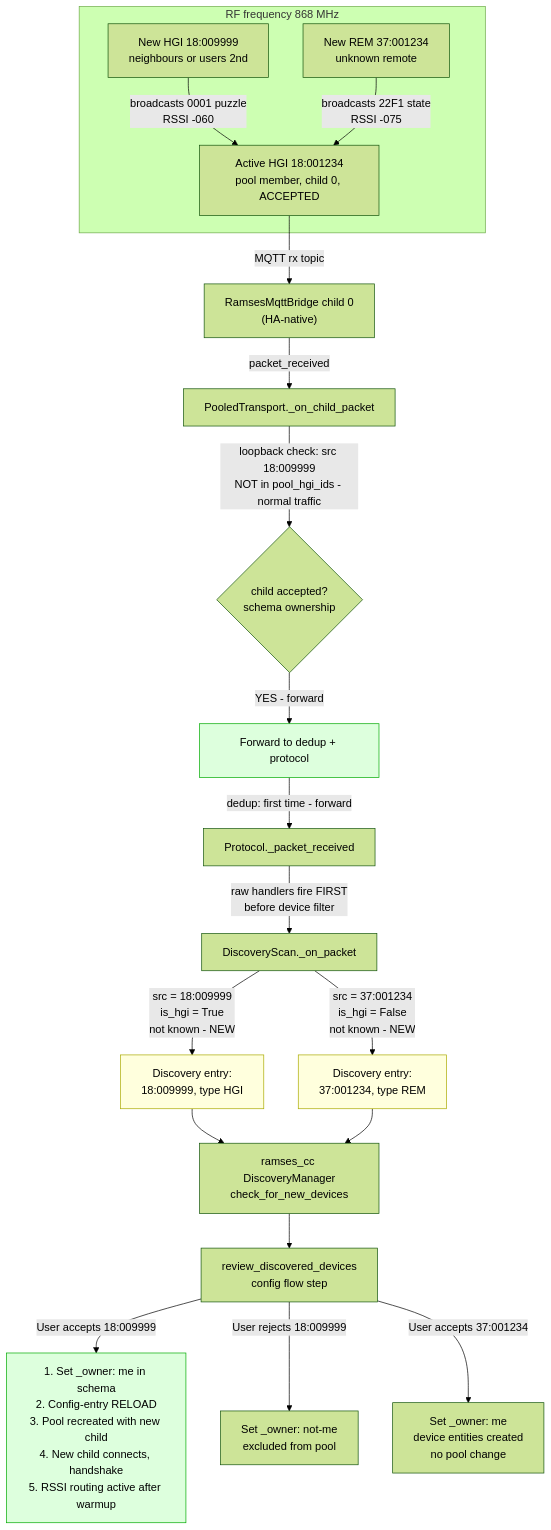
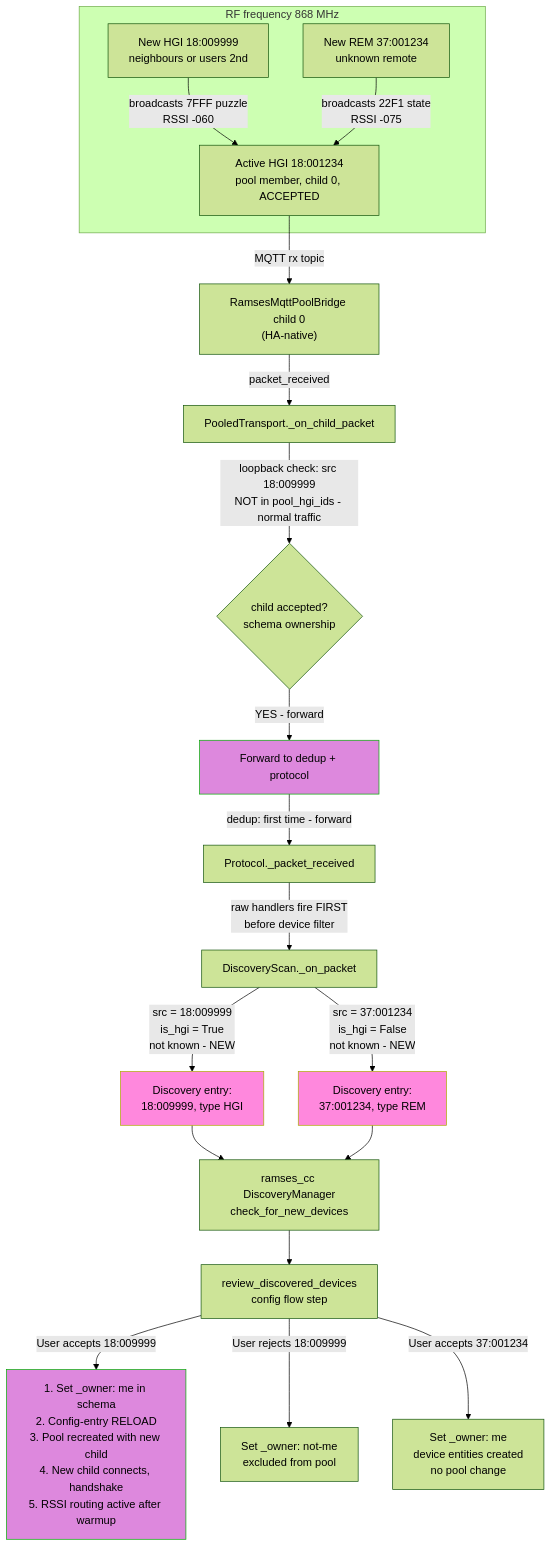
Before and after one commit to silverailscolo/ramses_cc: the diagram in docs/diagrams/03_discovery_new_hgi.md, drawn with Mermaid (forest theme). The commit also changed 6 other files, not shown here.

First line of the commit message:
docs: improve diagram color contrast, fix dedup key and puzzle code

````diff
--- a/docs/diagrams/03_discovery_new_hgi.md
+++ b/docs/diagrams/03_discovery_new_hgi.md
@@ -3,37 +3,37 @@
 ```mermaid
 flowchart TD
     subgraph RF["RF frequency 868 MHz"]
         NewHGI["New HGI 18:009999<br/>neighbours or users 2nd"]
         NewREM["New REM 37:001234<br/>unknown remote"]
         ActiveHGI["Active HGI 18:001234<br/>pool member, child 0, ACCEPTED"]
     end
 
-    NewHGI -->|"broadcasts 0001 puzzle<br/>RSSI -060"| ActiveHGI
+    NewHGI -->|"broadcasts 7FFF puzzle<br/>RSSI -060"| ActiveHGI
     NewREM -->|"broadcasts 22F1 state<br/>RSSI -075"| ActiveHGI
 
-    ActiveHGI -->|"MQTT rx topic"| MqttBridge["RamsesMqttBridge child 0<br/>(HA-native)"]
+    ActiveHGI -->|"MQTT rx topic"| MqttBridge["RamsesMqttPoolBridge child 0<br/>(HA-native)"]
     MqttBridge -->|"packet_received"| Pool["PooledTransport._on_child_packet"]
 
     Pool -->|"loopback check: src 18:009999<br/>NOT in pool_hgi_ids - normal traffic"| AcceptCheck{"child accepted?<br/>schema ownership"}
     AcceptCheck -->|"YES - forward"| Forward["Forward to dedup + protocol"]
 
     Forward -->|"dedup: first time - forward"| Proto["Protocol._packet_received"]
     Proto -->|"raw handlers fire FIRST<br/>before device filter"| Scan["DiscoveryScan._on_packet"]
 
     Scan -->|"src = 18:009999<br/>is_hgi = True<br/>not known - NEW"| NewDevice1["Discovery entry:<br/>18:009999, type HGI"]
     Scan -->|"src = 37:001234<br/>is_hgi = False<br/>not known - NEW"| NewDevice2["Discovery entry:<br/>37:001234, type REM"]
 
     NewDevice1 --> Notify["ramses_cc DiscoveryManager<br/>check_for_new_devices"]
     NewDevice2 --> Notify
 
     Notify --> Review["review_discovered_devices<br/>config flow step"]
 
     Review -->|"User accepts 18:009999"| AcceptHGI["1. Set _owner: me in schema<br/>2. Config-entry RELOAD<br/>3. Pool recreated with new child<br/>4. New child connects, handshake<br/>5. RSSI routing active after warmup"]
     Review -->|"User rejects 18:009999"| RejectHGI["Set _owner: not-me<br/>excluded from pool"]
     Review -->|"User accepts 37:001234"| AcceptREM["Set _owner: me<br/>device entities created<br/>no pool change"]
 
-    style Forward fill:#dfd,stroke:#0a0
-    style NewDevice1 fill:#ffd,stroke:#aa0
-    style NewDevice2 fill:#ffd,stroke:#aa0
-    style AcceptHGI fill:#dfd,stroke:#0a0
+    style Forward fill:#d8d,stroke:#0a0
+    style NewDevice1 fill:#f8d,stroke:#aa0
+    style NewDevice2 fill:#f8d,stroke:#aa0
+    style AcceptHGI fill:#d8d,stroke:#0a0
 ```
````
